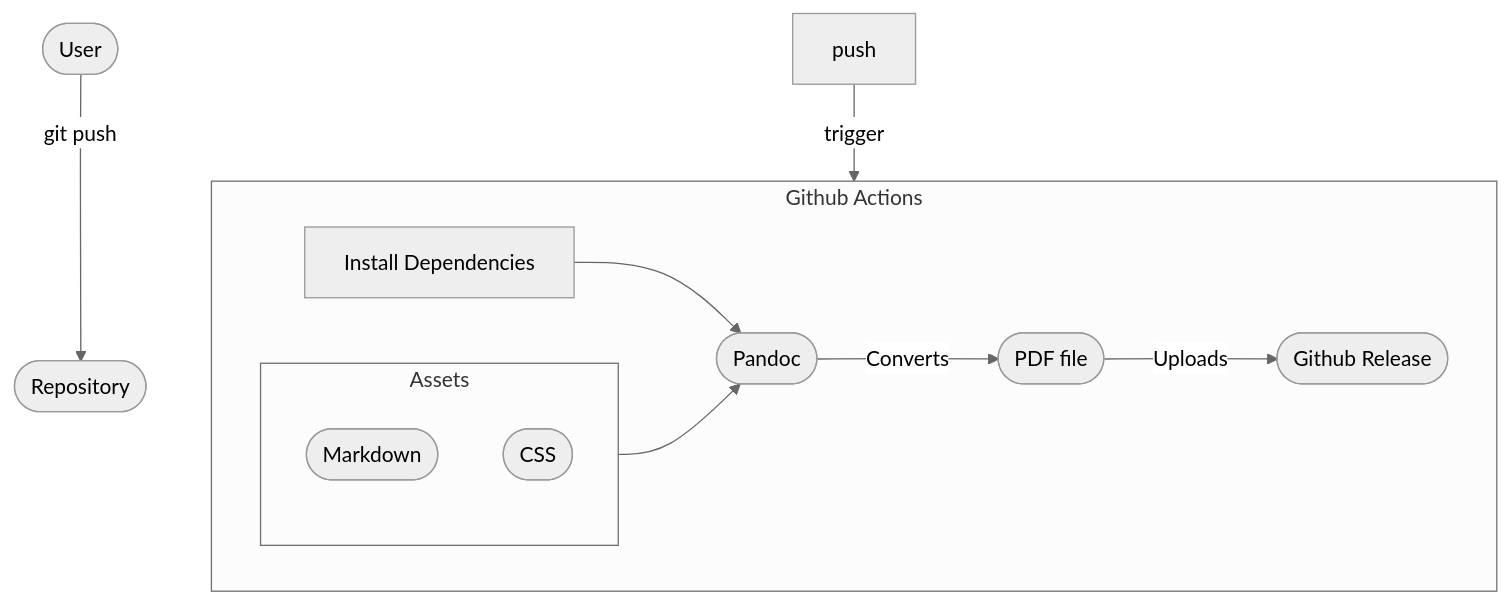
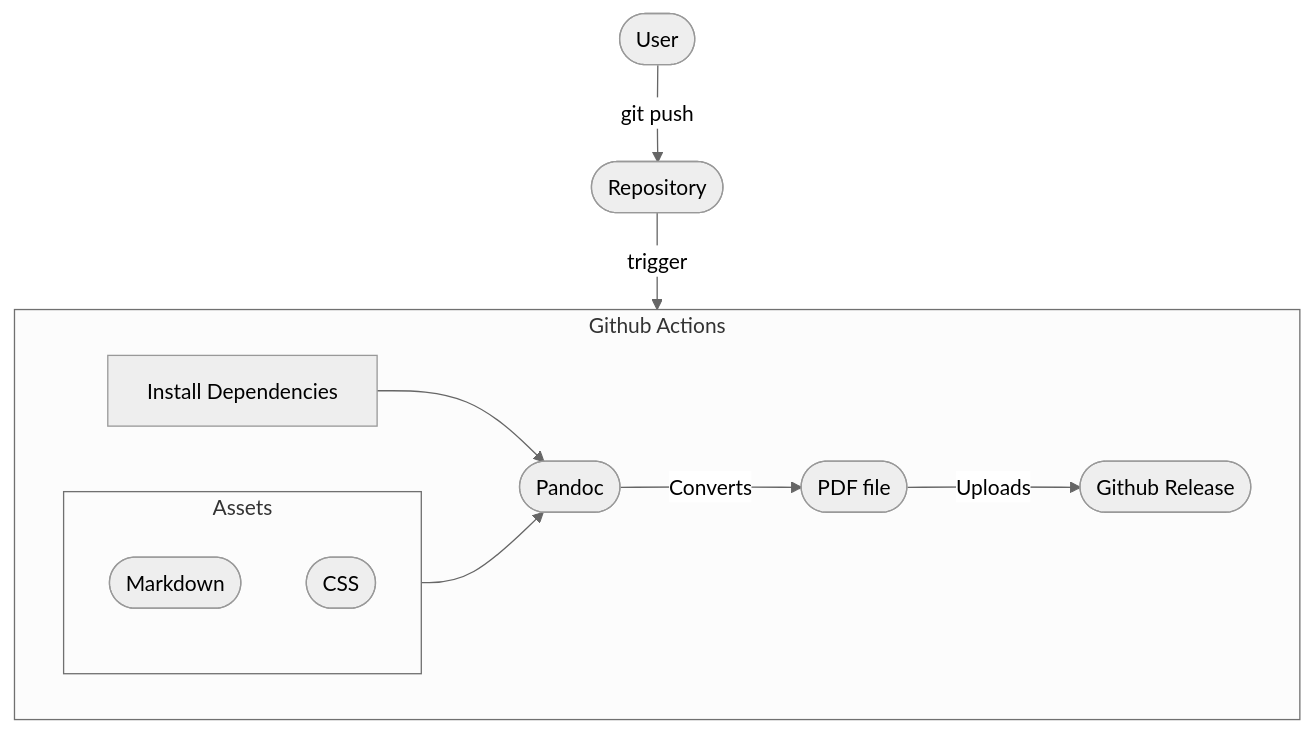
The diagram in content/blog/cicd-your-cv/index.md (ShaharNaveh/ShaharNaveh.github.io), drawn with Mermaid (neutral theme) before and after one commit.

````diff
--- a/content/blog/cicd-your-cv/index.md
+++ b/content/blog/cicd-your-cv/index.md
@@ -17,26 +17,26 @@
 ```mermaid
 flowchart TD
   user([User])
   repository([Repository])
   action([Github Action])
   dependencies["Install Dependencies"]
   pandoc([Pandoc])
   markdown([Markdown])
   css([CSS])
   pdf([PDF file])
   release([Github Release])
   
   subgraph action [Github Actions]
     dependencies-->pandoc
     pandoc-- Converts -->pdf
     pdf-- Uploads -->release
 
     subgraph assets [Assets]
       markdown & css
     end
   end
 
 user-- git push -->repository
-push-- trigger -->action
+repository-- trigger -->action
 assets-->pandoc
 ```
````
